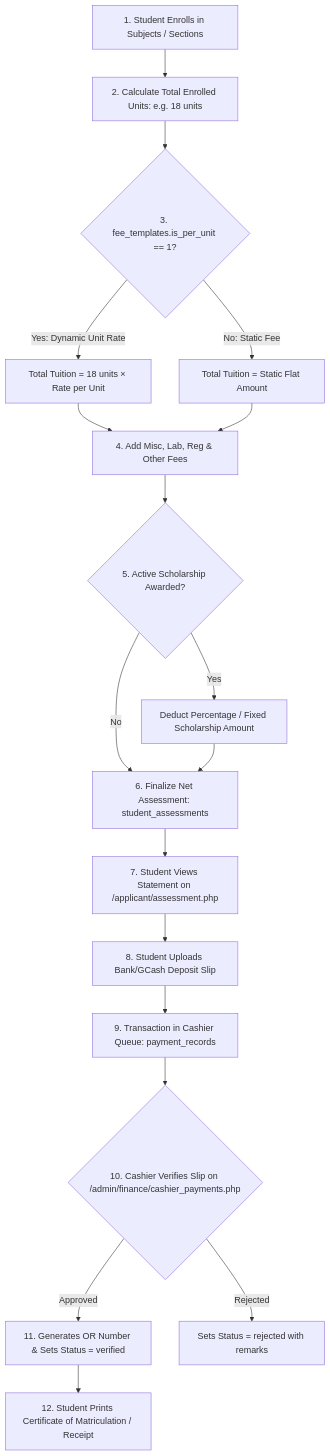
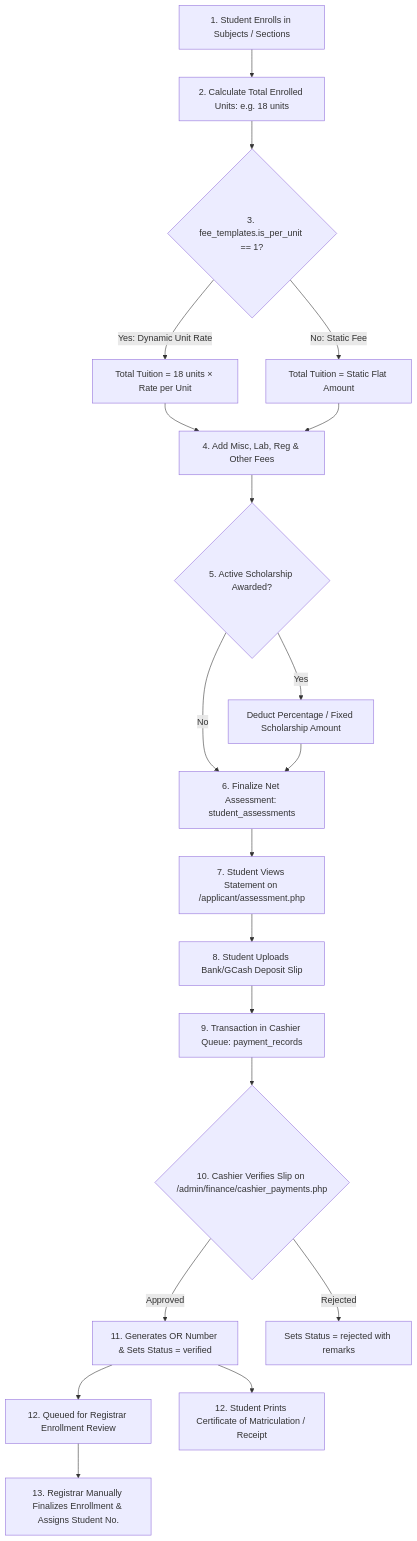
Before and after one commit to enujdanielle6-web/TTU_enrollment_system: the diagram in docs/obsidian/03 - Workflows/Payment & Assessment Workflow.md, drawn with Mermaid. The commit also changed 5 other files, not shown here.

Commit message:
fix(enrollment): require manual registrar finalization after payment and fix document viewer

````diff
--- a/docs/obsidian/03 - Workflows/Payment & Assessment Workflow.md
+++ b/docs/obsidian/03 - Workflows/Payment & Assessment Workflow.md
@@ -9,20 +9,20 @@
 ```mermaid
 flowchart TD
     Enroll[1. Student Enrolls in Subjects / Sections] --> FetchUnits[2. Calculate Total Enrolled Units: e.g. 18 units]
     FetchUnits --> CheckTemplate{3. fee_templates.is_per_unit == 1?}
     CheckTemplate -->|Yes: Dynamic Unit Rate| UnitMath[Total Tuition = 18 units × Rate per Unit]
     CheckTemplate -->|No: Static Fee| FlatMath[Total Tuition = Static Flat Amount]
     UnitMath --> AddFees[4. Add Misc, Lab, Reg & Other Fees]
     FlatMath --> AddFees
     AddFees --> CheckScholarship{5. Active Scholarship Awarded?}
     CheckScholarship -->|Yes| ApplyDiscount[Deduct Percentage / Fixed Scholarship Amount]
     CheckScholarship -->|No| NetAmount[6. Finalize Net Assessment: student_assessments]
     ApplyDiscount --> NetAmount
     NetAmount --> StudentView[7. Student Views Statement on /applicant/assessment.php]
     StudentView --> UploadProof[8. Student Uploads Bank/GCash Deposit Slip]
     UploadProof --> CashierQueue[9. Transaction in Cashier Queue: payment_records]
     CashierQueue --> CashierAction{10. Cashier Verifies Slip on /admin/finance/cashier_payments.php}
-    CashierAction -->|Approved| IssueReceipt[11. Generates OR Number & Sets Status = verified]
+    CashierAction -->|Approved| IssueReceipt[11. Generates OR Number & Sets Status = verified] --> Queue[12. Queued for Registrar Enrollment Review] --> RegistrarAction[13. Registrar Manually Finalizes Enrollment & Assigns Student No.]
     CashierAction -->|Rejected| RejectNotice[Sets Status = rejected with remarks]
     IssueReceipt --> PrintSlip[12. Student Prints Certificate of Matriculation / Receipt]
 ```
````
